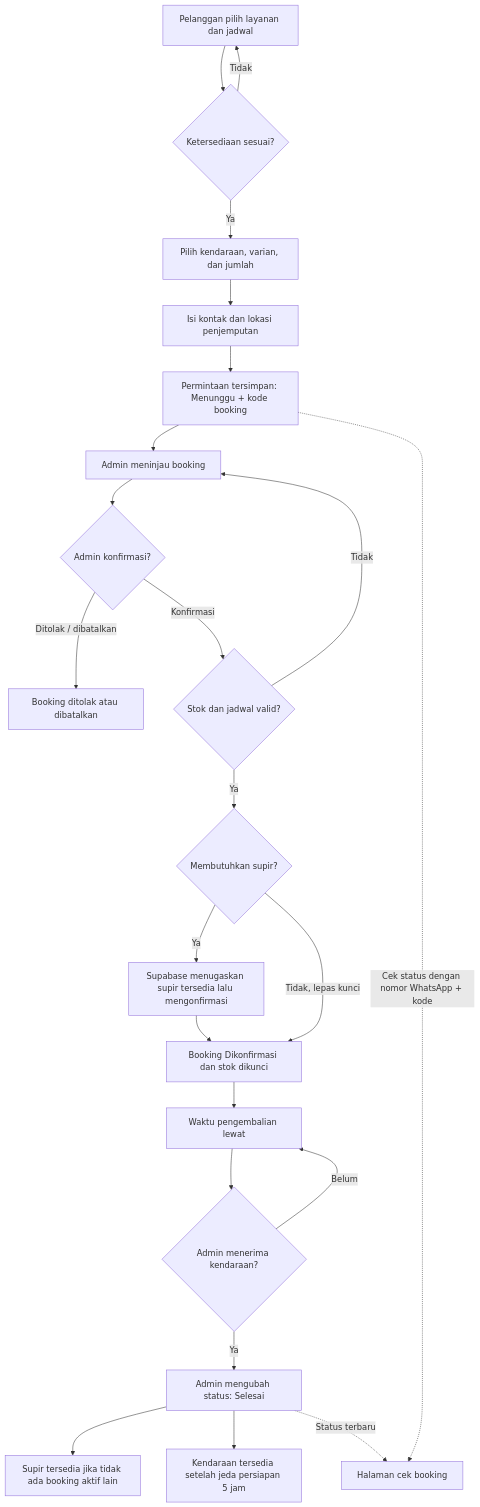
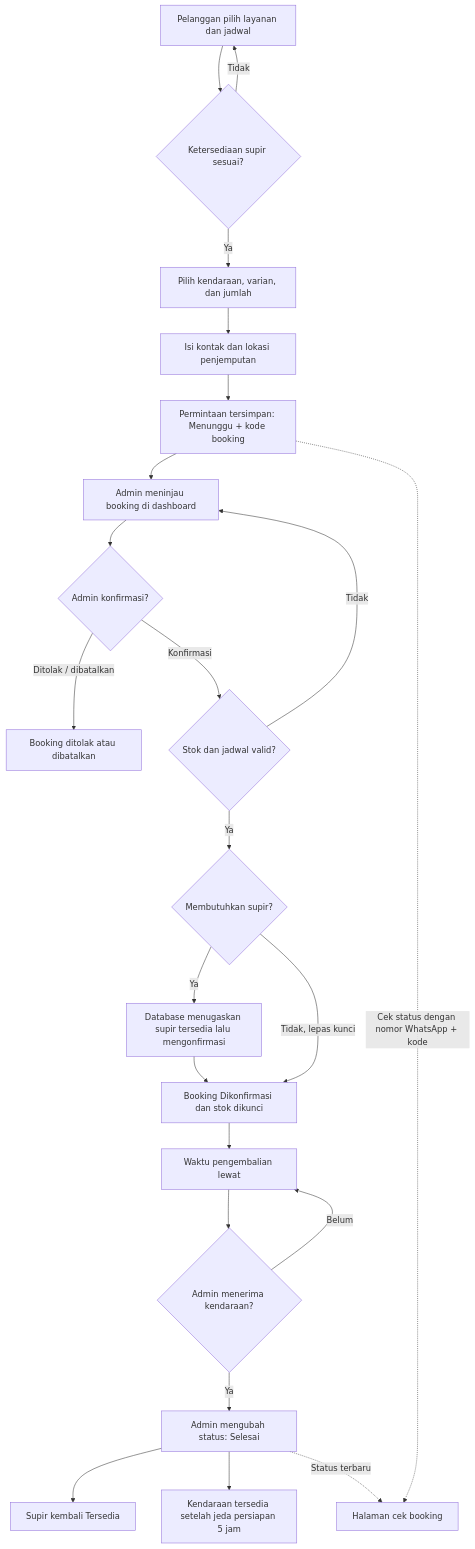
Before and after one commit to Raihanhidayah12/khalisa-rent-car: the diagram in RAB_WEBSITE.md, drawn with Mermaid. The commit also changed other lines of this file and 7 other files, not shown here.

````diff
--- a/RAB_WEBSITE.md
+++ b/RAB_WEBSITE.md
@@ -103,25 +96,25 @@
 ```mermaid
 flowchart TD
-	A[Pelanggan pilih layanan dan jadwal] --> B{Ketersediaan sesuai?}
+	A[Pelanggan pilih layanan dan jadwal] --> B{Ketersediaan supir sesuai?}
 	B -- Tidak --> A
 	B -- Ya --> C[Pilih kendaraan, varian, dan jumlah]
 	C --> D[Isi kontak dan lokasi penjemputan]
 	D --> E[Permintaan tersimpan: Menunggu + kode booking]
-	E --> F[Admin meninjau booking]
+	E --> F[Admin meninjau booking di dashboard]
 	F --> G{Admin konfirmasi?}
 	G -- Ditolak / dibatalkan --> H[Booking ditolak atau dibatalkan]
 	G -- Konfirmasi --> I{Stok dan jadwal valid?}
 	I -- Tidak --> F
 	I -- Ya --> J{Membutuhkan supir?}
-	J -- Ya --> K[Supabase menugaskan supir tersedia lalu mengonfirmasi]
+	J -- Ya --> K[Database menugaskan supir tersedia lalu mengonfirmasi]
 	J -- Tidak, lepas kunci --> L[Booking Dikonfirmasi dan stok dikunci]
 	K --> L
 	L --> M[Waktu pengembalian lewat]
 	M --> N{Admin menerima kendaraan?}
 	N -- Belum --> M
 	N -- Ya --> O[Admin mengubah status: Selesai]
-	O --> P[Supir tersedia jika tidak ada booking aktif lain]
+	O --> P[Supir kembali Tersedia]
 	O --> Q[Kendaraan tersedia setelah jeda persiapan 5 jam]
 	E -. Cek status dengan nomor WhatsApp + kode .-> R[Halaman cek booking]
 	O -. Status terbaru .-> R
 ```
````
